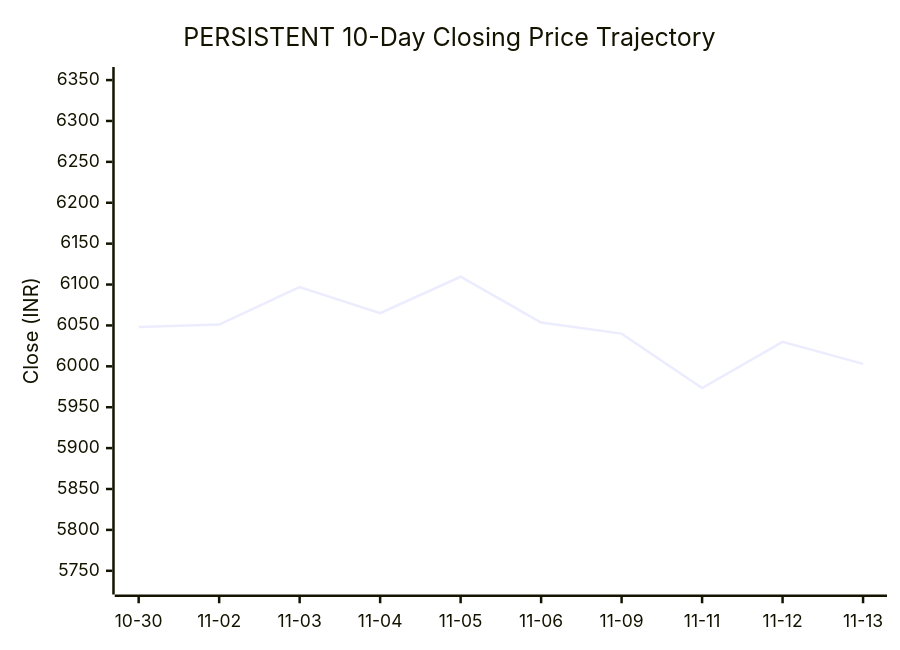
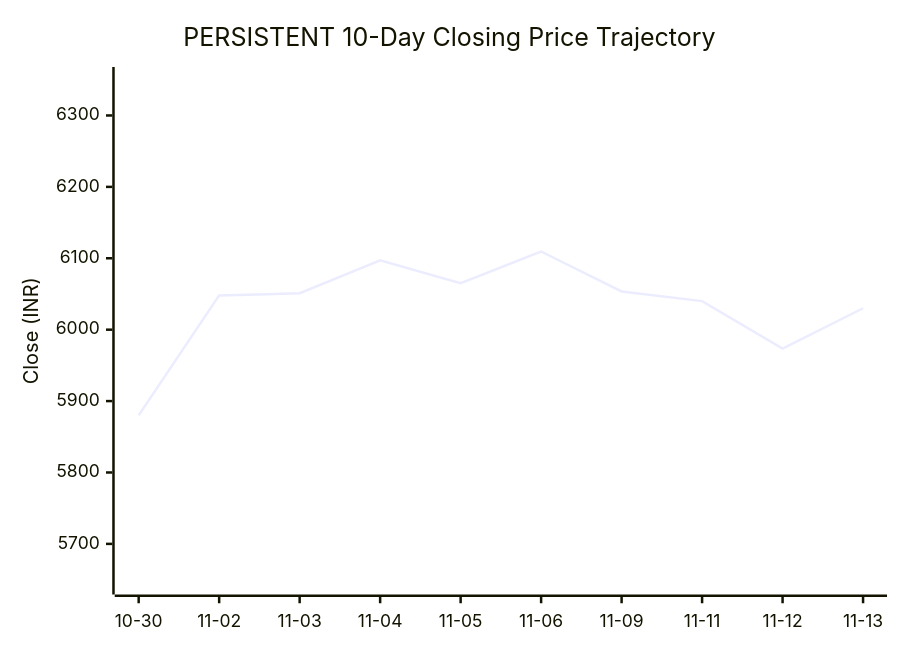
Before and after one commit to purnareddy9/dev: the second of 3 diagrams in market-intelligence/stocks/PERSISTENT/latest.md, drawn with Mermaid. The commit also changed other lines of this file and 3 other files, not shown here.

````diff
--- a/market-intelligence/stocks/PERSISTENT/latest.md
+++ b/market-intelligence/stocks/PERSISTENT/latest.md
@@ -95,7 +95,7 @@
 ```mermaid
 xychart-beta
     title "PERSISTENT 10-Day Closing Price Trajectory"
     x-axis ["10-30", "11-02", "11-03", "11-04", "11-05", "11-06", "11-09", "11-11", "11-12", "11-13"]
-    y-axis "Close (INR)" 5734 --> 6353
-    line [6048.0, 6051.0, 6097.0, 6065.0, 6109.5, 6053.5, 6040.0, 5973.5, 6030.0, 6003.0]
+    y-axis "Close (INR)" 5644 --> 6353
+    line [5880.0, 6048.0, 6051.0, 6097.0, 6065.0, 6109.5, 6053.5, 6040.0, 5973.5, 6030.0]
 ```
````
